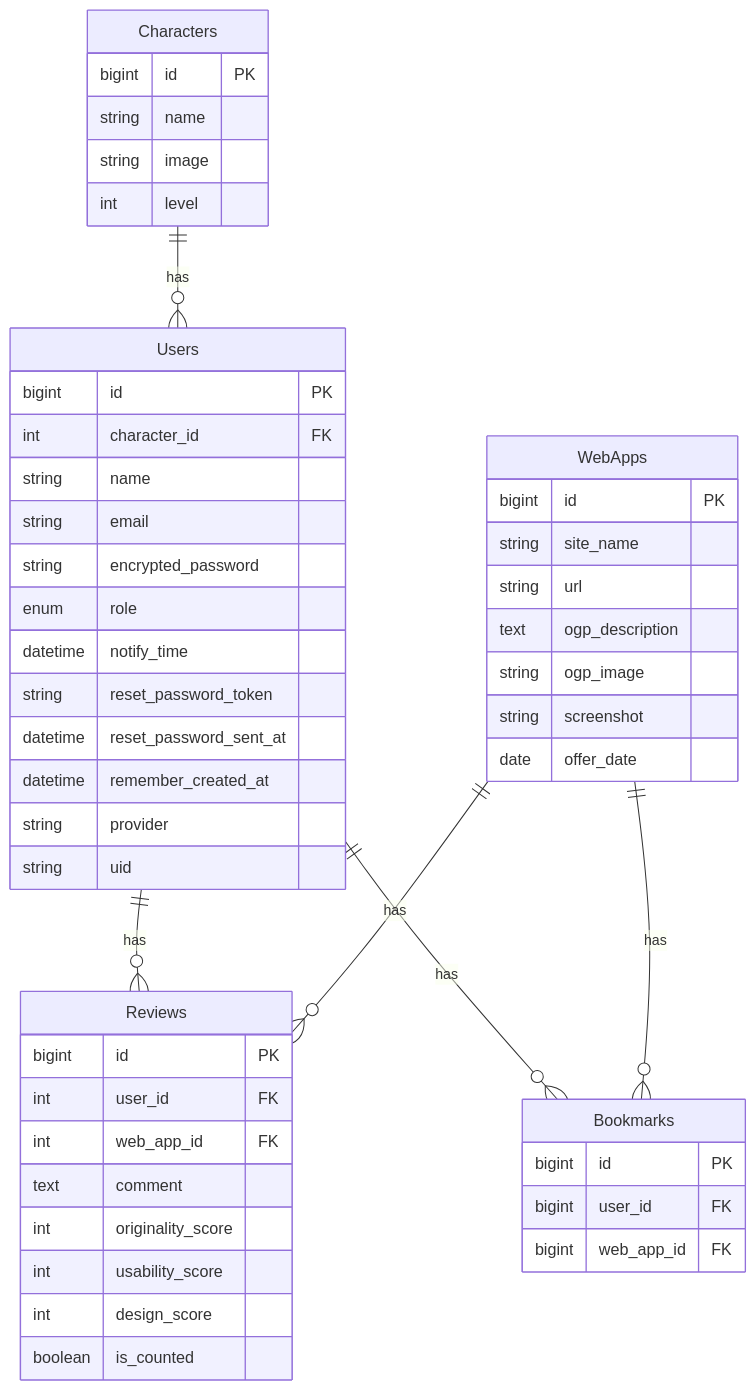
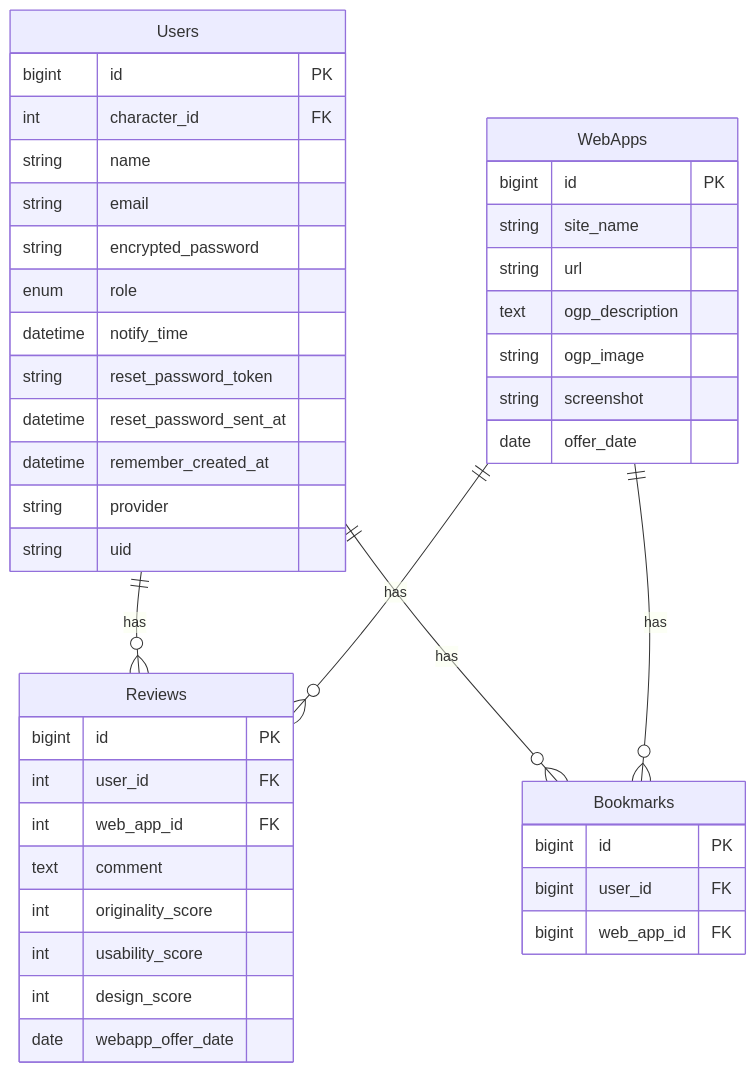
Before and after one commit to hiroshi-okimura/web_app_diary: the diagram in README.md, drawn with Mermaid. The commit also changed other lines of this file, not shown here.

````diff
--- a/README.md
+++ b/README.md
@@ -92,52 +57,45 @@
 ```mermaid
 erDiagram
   Users ||--o{ Reviews : has
 	Users ||--o{ Bookmarks : has
   WebApps ||--o{ Reviews : has
 	WebApps ||--o{ Bookmarks : has
-  Characters ||--o{ Users : has
   Users {
 	bigint id PK
 	int character_id FK
 	string name
 	string email
 	string encrypted_password
 	enum role
 	datetime notify_time
 	string reset_password_token
 	datetime reset_password_sent_at
 	datetime remember_created_at
 	string provider
 	string uid
   }
   WebApps {
 	bigint id PK
 	string site_name
 	string url
 	text ogp_description
 	string ogp_image
 	string screenshot
 	date offer_date
   }
   Reviews {
 	bigint id PK
 	int user_id FK
 	int web_app_id FK
 	text comment
 	int originality_score
 	int usability_score
 	int design_score
-	boolean is_counted
+	date webapp_offer_date
   }
   Bookmarks {
 	bigint id PK
 	bigint user_id FK
 	bigint web_app_id FK
   }
-  Characters {
-	bigint id PK
-	string name
-	string image
-	int level
-  }
 ```
````
